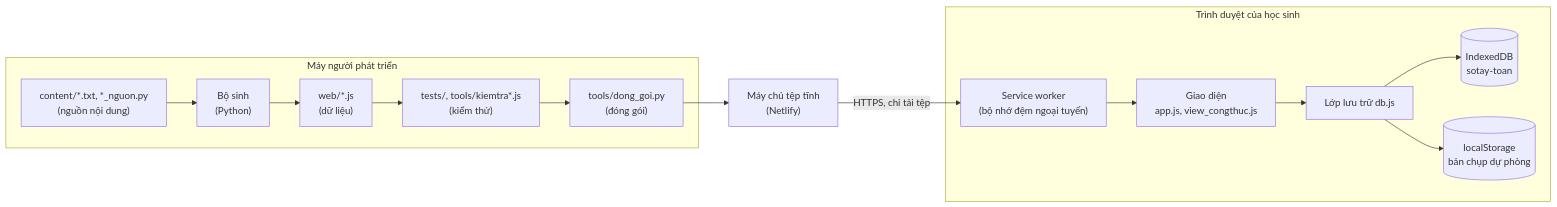
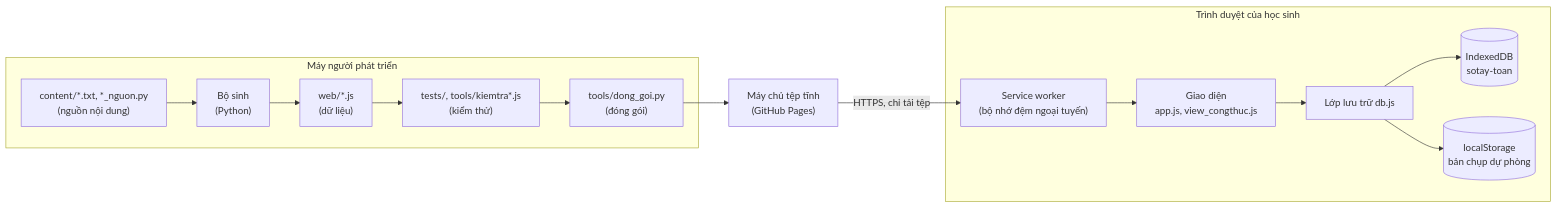
The first of 2 diagrams in docs/ARCHITECTURE.md (hoanganh1042/so-tay-hoc-toan), drawn with Mermaid before and after one commit. The commit also changed 9 other files, not shown here.

First line of the commit message:
feat: chuyển bản chính sang GitHub Pages, bỏ huy hiệu Netlify

````diff
--- a/docs/ARCHITECTURE.md
+++ b/docs/ARCHITECTURE.md
@@ -18,20 +18,20 @@
 ```mermaid
 flowchart LR
   subgraph dev["Máy người phát triển"]
     src["content/*.txt, *_nguon.py<br/>(nguồn nội dung)"] --> gen["Bộ sinh<br/>(Python)"]
     gen --> data["web/*.js<br/>(dữ liệu)"]
     data --> test["tests/, tools/kiemtra*.js<br/>(kiểm thử)"]
     test --> pack["tools/dong_goi.py<br/>(đóng gói)"]
   end
-  pack --> host["Máy chủ tệp tĩnh<br/>(Netlify)"]
+  pack --> host["Máy chủ tệp tĩnh<br/>(GitHub Pages)"]
   subgraph client["Trình duyệt của học sinh"]
     sw["Service worker<br/>(bộ nhớ đệm ngoại tuyến)"]
     ui["Giao diện<br/>app.js, view_congthuc.js"]
     db["Lớp lưu trữ db.js"]
     idb[("IndexedDB<br/>sotay-toan")]
     ls[("localStorage<br/>bản chụp dự phòng")]
     ui --> db --> idb
     db --> ls
   end
   host -- "HTTPS, chỉ tải tệp" --> sw --> ui
 ```
````
